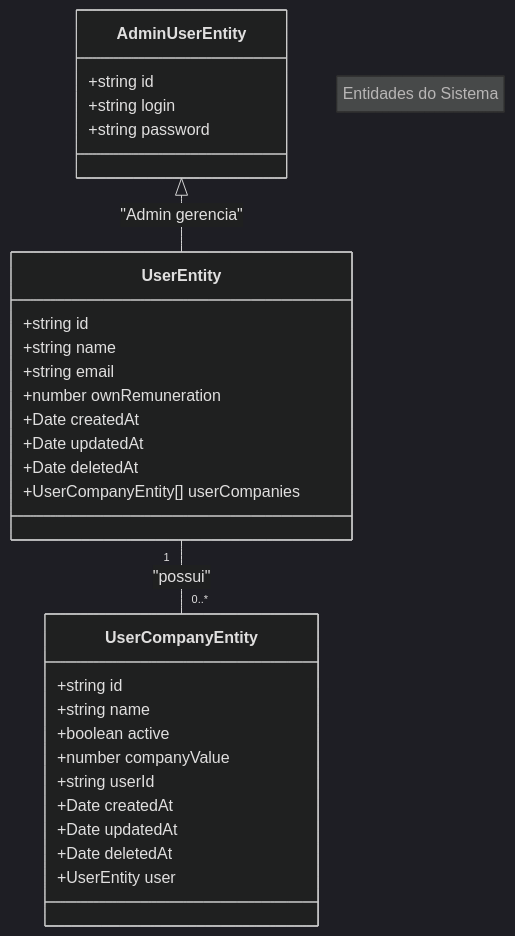
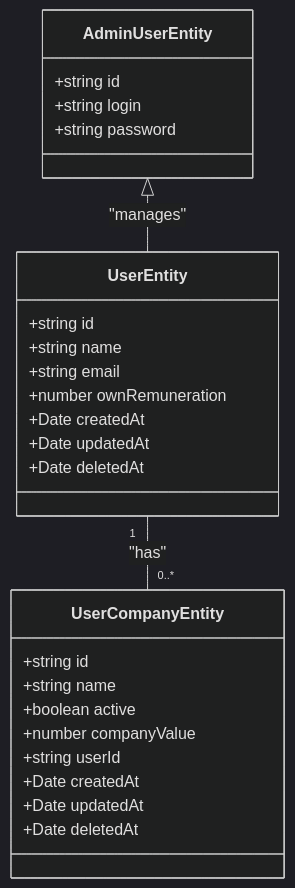
Before and after one commit to Thiagosdep/teddy-backoffice-api: the diagram in README.md, drawn with Mermaid (dark theme). The commit also changed other lines of this file and 7 other files, not shown here.

````diff
--- a/README.md
+++ b/README.md
@@ -22,36 +66,32 @@
 ```mermaid
 classDiagram
-    note "Entidades do Sistema"
-
-    AdminUserEntity <|-- UserEntity : "Admin gerencia"
-    UserEntity "1" -- "0..*" UserCompanyEntity : "possui"
+    AdminUserEntity <|-- UserEntity : "manages"
+    UserEntity "1" -- "0..*" UserCompanyEntity : "has"
 
     class AdminUserEntity {
         +string id
         +string login
         +string password
     }
 
     class UserEntity {
         +string id
         +string name
         +string email
         +number ownRemuneration
         +Date createdAt
         +Date updatedAt
         +Date deletedAt
-        +UserCompanyEntity[] userCompanies
     }
 
     class UserCompanyEntity {
         +string id
         +string name
         +boolean active
         +number companyValue
         +string userId
         +Date createdAt
         +Date updatedAt
         +Date deletedAt
-        +UserEntity user
     }
 ```
````
